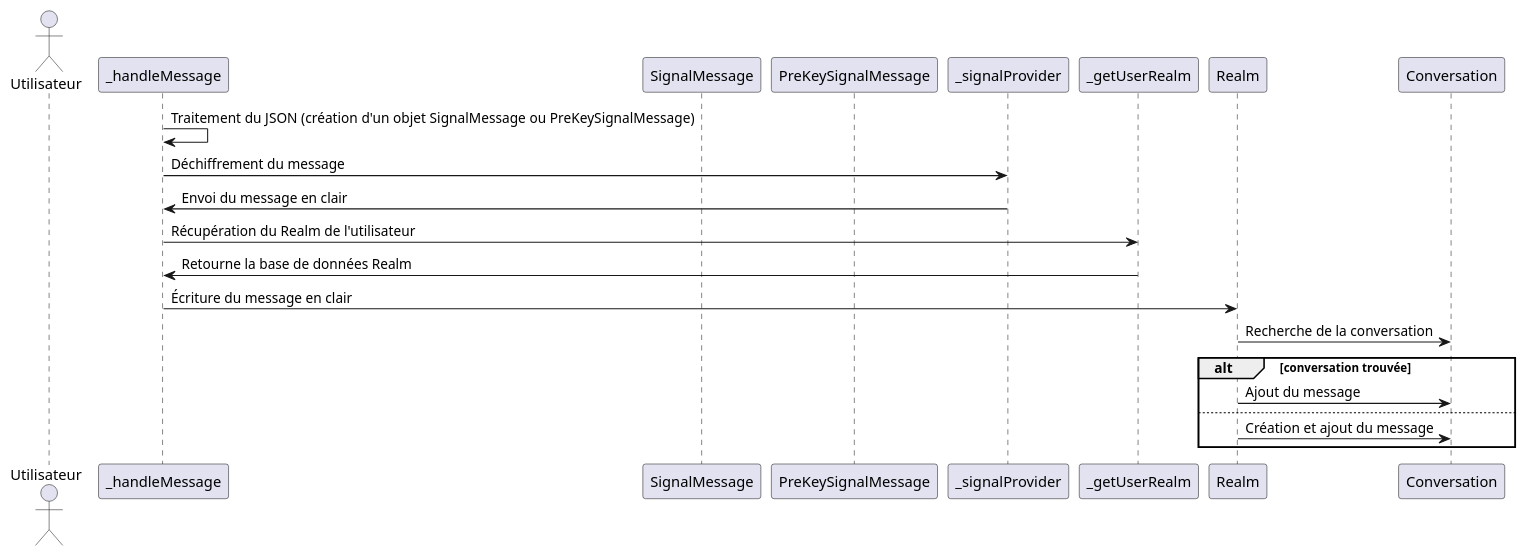
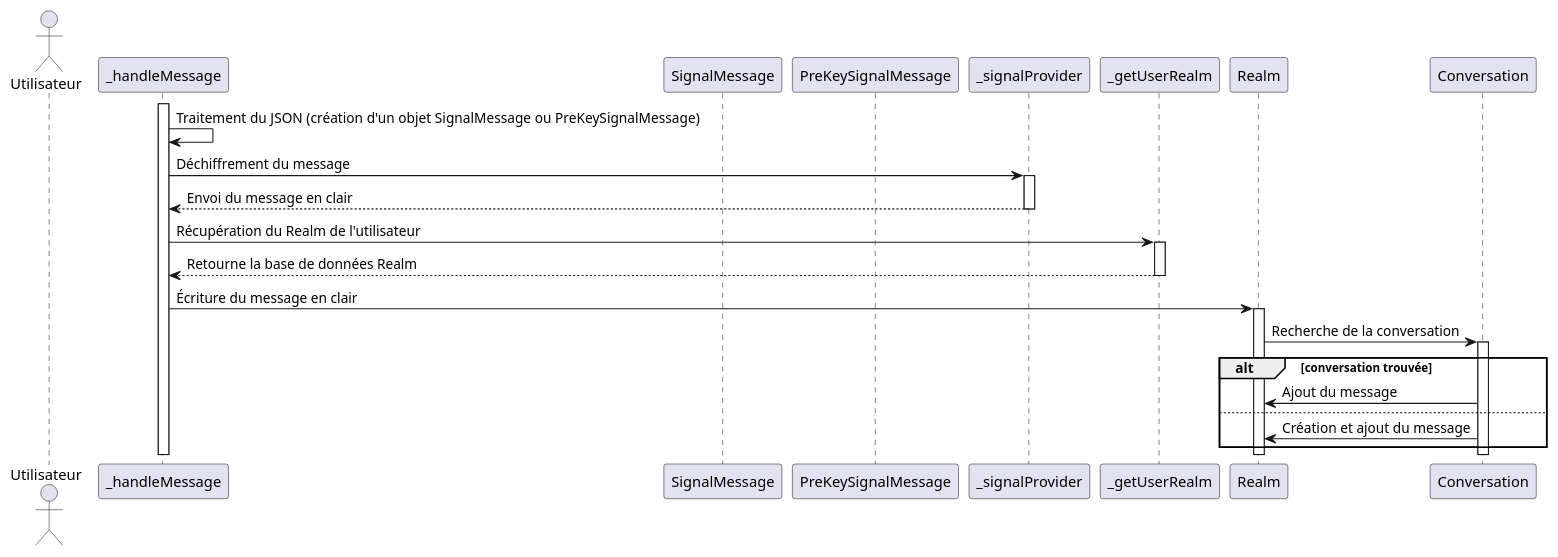
One commit to nezia1/missive-documentation changed the diagram in docs/assets/diagrams/src/technical/handle_message.plantuml. Above: the diagram before and after it, drawn with PlantUML. The commit also changed 10 other files, not shown here.

Commit message:
add lifeline to diagrams

```diff
--- a/docs/assets/diagrams/src/technical/handle_message.plantuml
+++ b/docs/assets/diagrams/src/technical/handle_message.plantuml
@@ -1,23 +1,37 @@
-@startuml
+@startuml handle_message
 actor Utilisateur
 participant _handleMessage
 participant SignalMessage
 participant PreKeySignalMessage
 participant _signalProvider
 participant _getUserRealm
 participant Realm
 participant Conversation
 
+activate _handleMessage
 _handleMessage -> _handleMessage : Traitement du JSON (création d'un objet SignalMessage ou PreKeySignalMessage)
 _handleMessage -> _signalProvider : Déchiffrement du message
-_signalProvider -> _handleMessage : Envoi du message en clair
+activate _signalProvider
+_signalProvider --> _handleMessage : Envoi du message en clair
+deactivate _signalProvider
+
 _handleMessage -> _getUserRealm : Récupération du Realm de l'utilisateur
-_getUserRealm -> _handleMessage : Retourne la base de données Realm
+activate _getUserRealm
+_getUserRealm --> _handleMessage : Retourne la base de données Realm
+deactivate _getUserRealm
+
 _handleMessage -> Realm : Écriture du message en clair
+activate Realm
 Realm -> Conversation : Recherche de la conversation
+activate Conversation
+
 alt conversation trouvée
-    Realm -> Conversation : Ajout du message
+    Conversation -> Realm : Ajout du message
 else
-    Realm -> Conversation : Création et ajout du message
+    Conversation -> Realm : Création et ajout du message
 end
+
+deactivate Conversation
+deactivate Realm
+deactivate _handleMessage
 @enduml
```
